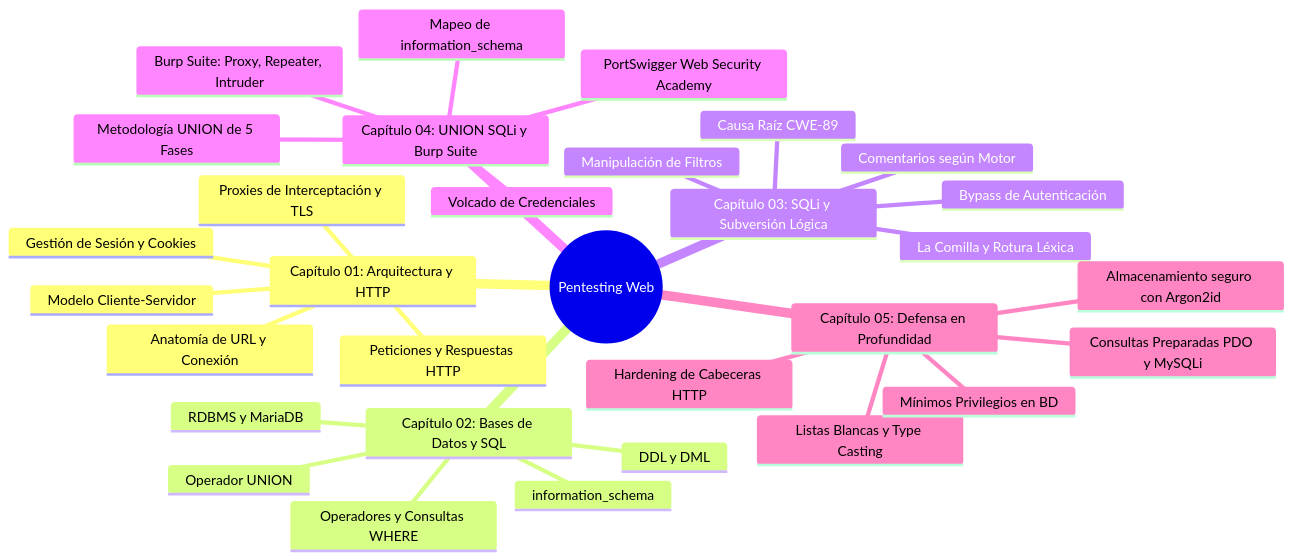
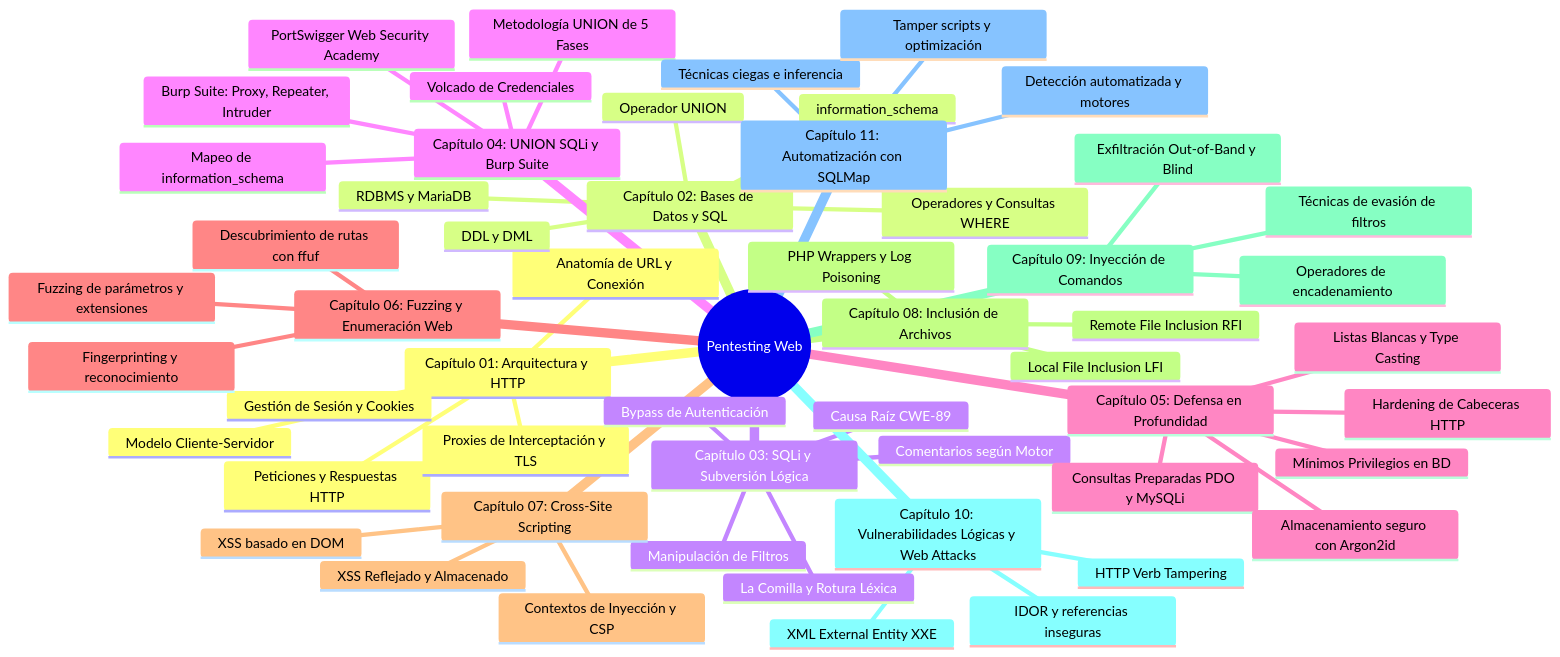
One commit to purpesec/Cybersecurity-For-Beginners changed the second of 2 diagrams in pentesting-web/README.md. Above: the diagram before and after it, drawn with Mermaid. The commit also changed other lines of this file and 5 other files, not shown here.

````diff
--- a/pentesting-web/README.md
+++ b/pentesting-web/README.md
@@ -30,34 +30,58 @@
 ```mermaid
 mindmap
   root((Pentesting Web))
     Capítulo 01: Arquitectura y HTTP
       Modelo Cliente-Servidor
       Anatomía de URL y Conexión
       Peticiones y Respuestas HTTP
       Gestión de Sesión y Cookies
       Proxies de Interceptación y TLS
     Capítulo 02: Bases de Datos y SQL
       RDBMS y MariaDB
       DDL y DML
       Operadores y Consultas WHERE
       Operador UNION
       information_schema
     Capítulo 03: SQLi y Subversión Lógica
       Causa Raíz CWE-89
       La Comilla y Rotura Léxica
       Bypass de Autenticación
       Comentarios según Motor
       Manipulación de Filtros
     Capítulo 04: UNION SQLi y Burp Suite
       Metodología UNION de 5 Fases
       Mapeo de information_schema
       Volcado de Credenciales
       Burp Suite: Proxy, Repeater, Intruder
       PortSwigger Web Security Academy
     Capítulo 05: Defensa en Profundidad
       Consultas Preparadas PDO y MySQLi
       Listas Blancas y Type Casting
       Mínimos Privilegios en BD
       Almacenamiento seguro con Argon2id
       Hardening de Cabeceras HTTP
+    Capítulo 06: Fuzzing y Enumeración Web
+      Fingerprinting y reconocimiento
+      Descubrimiento de rutas con ffuf
+      Fuzzing de parámetros y extensiones
+    Capítulo 07: Cross-Site Scripting
+      XSS Reflejado y Almacenado
+      XSS basado en DOM
+      Contextos de Inyección y CSP
+    Capítulo 08: Inclusión de Archivos
+      Local File Inclusion LFI
+      Remote File Inclusion RFI
+      PHP Wrappers y Log Poisoning
+    Capítulo 09: Inyección de Comandos
+      Operadores de encadenamiento
+      Técnicas de evasión de filtros
+      Exfiltración Out-of-Band y Blind
+    Capítulo 10: Vulnerabilidades Lógicas y Web Attacks
+      IDOR y referencias inseguras
+      XML External Entity XXE
+      HTTP Verb Tampering
+    Capítulo 11: Automatización con SQLMap
+      Detección automatizada y motores
+      Técnicas ciegas e inferencia
+      Tamper scripts y optimización
 ```
````
